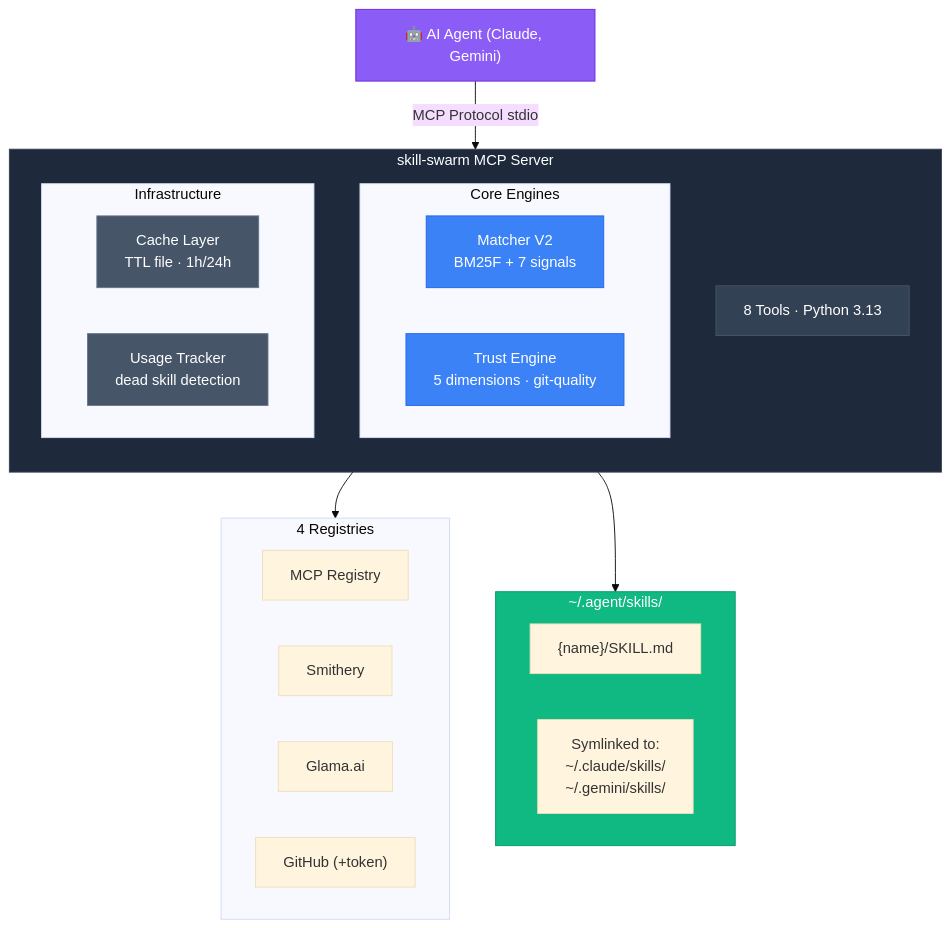
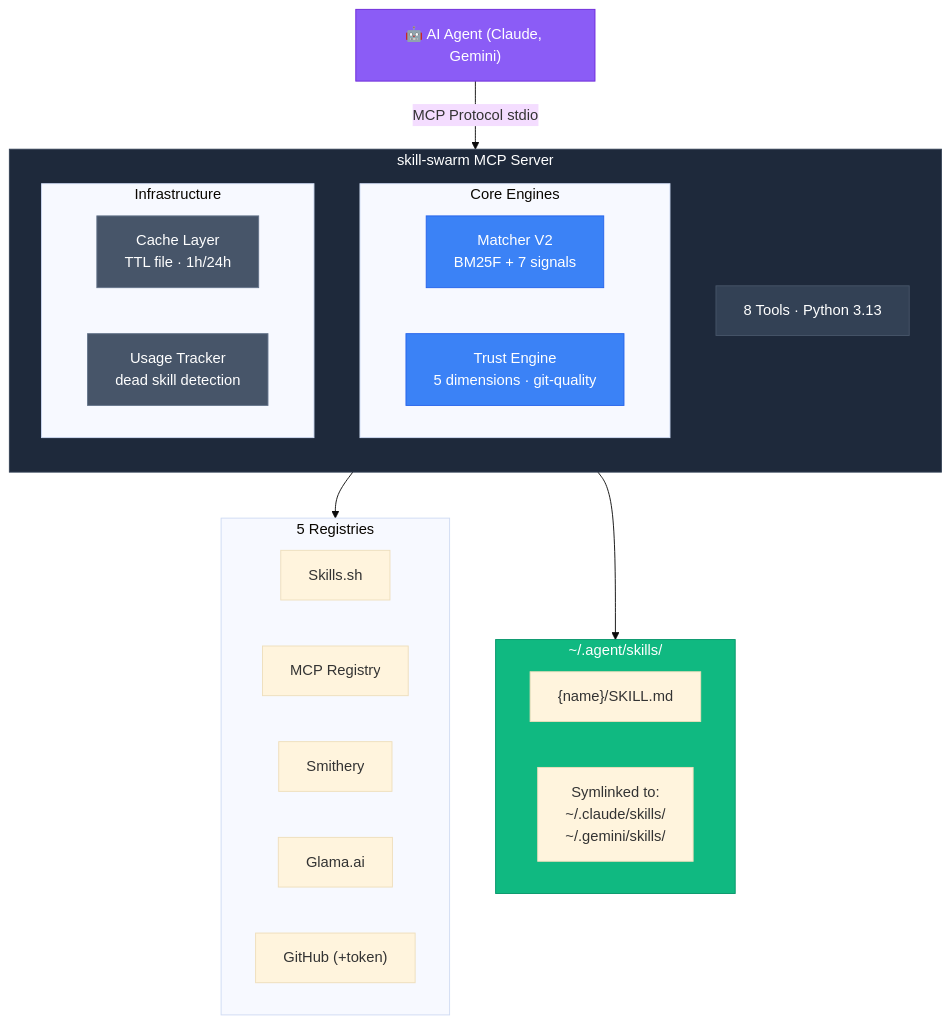
One commit to ancrz/skill-swarm-mcp changed the second of 5 diagrams in README.md. Above: the diagram before and after it, drawn with Mermaid (base theme). The commit also changed other lines of this file and 8 other files, not shown here.

````diff
--- a/README.md
+++ b/README.md
@@ -59,42 +59,43 @@
 ```mermaid
 graph TB
     Agent["🤖 AI Agent (Claude, Gemini)"]
     Agent -->|MCP Protocol stdio| Server
 
     subgraph Server["skill-swarm MCP Server"]
         direction TB
         Tools["8 Tools · Python 3.13"]
         subgraph Core["Core Engines"]
             Matcher["Matcher V2<br/>BM25F + 7 signals"]
             Trust["Trust Engine<br/>5 dimensions · git-quality"]
         end
         subgraph Infra["Infrastructure"]
             Cache["Cache Layer<br/>TTL file · 1h/24h"]
             Usage["Usage Tracker<br/>dead skill detection"]
         end
     end
 
     Server --> Registries
     Server --> Skills
 
-    subgraph Registries["4 Registries"]
+    subgraph Registries["5 Registries"]
+        SkillsSH["Skills.sh"]
         MCP["MCP Registry"]
         Smithery["Smithery"]
         Glama["Glama.ai"]
         GitHub["GitHub (+token)"]
     end
 
     subgraph Skills["~/.agent/skills/"]
         SkillFile["{name}/SKILL.md"]
         Symlinks["Symlinked to:<br/>~/.claude/skills/<br/>~/.gemini/skills/"]
     end
 
     style Agent fill:#8B5CF6,stroke:#6D28D9,color:#fff
     style Server fill:#1E293B,stroke:#334155,color:#fff
     style Tools fill:#334155,stroke:#475569,color:#fff
     style Matcher fill:#3B82F6,stroke:#2563EB,color:#fff
     style Trust fill:#3B82F6,stroke:#2563EB,color:#fff
     style Cache fill:#475569,stroke:#64748B,color:#fff
     style Usage fill:#475569,stroke:#64748B,color:#fff
     style Skills fill:#10B981,stroke:#059669,color:#fff
 ```
````
